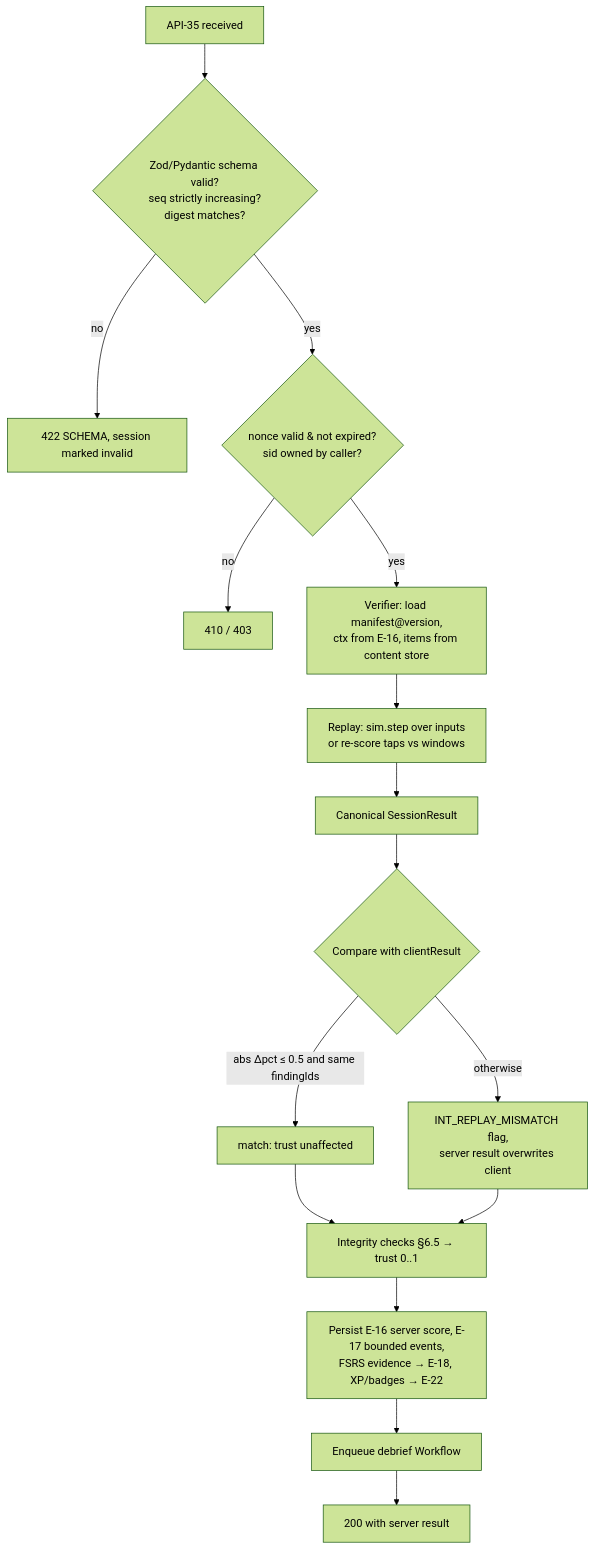
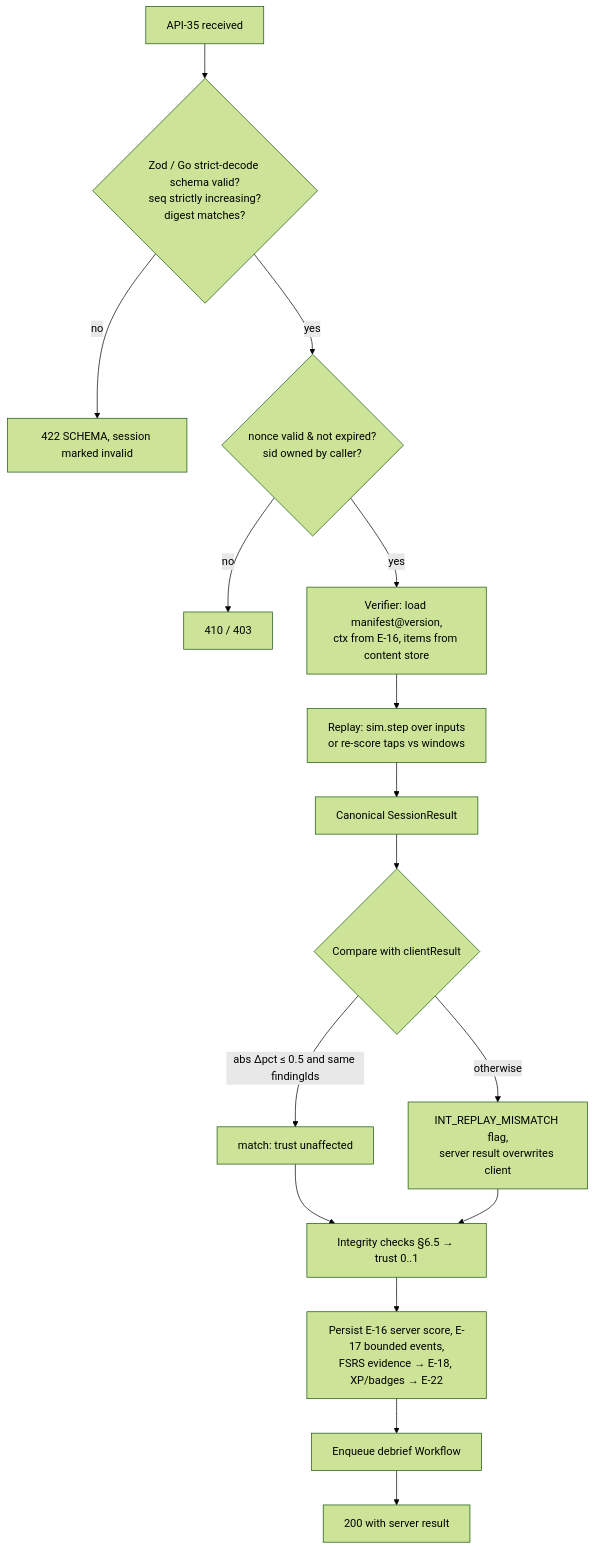
One commit to sruj08/margadarshak changed the fourth of 4 diagrams in docs/09-learning-games/GAME_SDK.md. Above: the diagram before and after it, drawn with Mermaid (forest theme). The commit also changed other lines of this file and 1326 other files, not shown here.

````diff
--- a/docs/09-learning-games/GAME_SDK.md
+++ b/docs/09-learning-games/GAME_SDK.md
@@ -355,18 +355,18 @@
 ```mermaid
 flowchart TD
-  A[API-35 received] --> B{Zod/Pydantic schema valid?<br/>seq strictly increasing?<br/>digest matches?}
+  A[API-35 received] --> B{Zod / Go strict-decode schema valid?<br/>seq strictly increasing?<br/>digest matches?}
   B -- no --> R1[422 SCHEMA, session marked invalid]
   B -- yes --> C{nonce valid & not expired?<br/>sid owned by caller?}
   C -- no --> R2[410 / 403]
   C -- yes --> D[Verifier: load manifest@version,<br/>ctx from E-16, items from content store]
   D --> E[Replay: sim.step over inputs<br/>or re-score taps vs windows]
   E --> F[Canonical SessionResult]
   F --> G{Compare with clientResult}
   G -- "abs Δpct ≤ 0.5 and same findingIds" --> H[match: trust unaffected]
   G -- otherwise --> I[INT_REPLAY_MISMATCH flag,<br/>server result overwrites client]
   H --> J[Integrity checks §6.5 → trust 0..1]
   I --> J
   J --> K[Persist E-16 server score, E-17 bounded events,<br/>FSRS evidence → E-18, XP/badges → E-22]
   K --> L[Enqueue debrief Workflow]
   L --> M[200 with server result]
 ```
````
